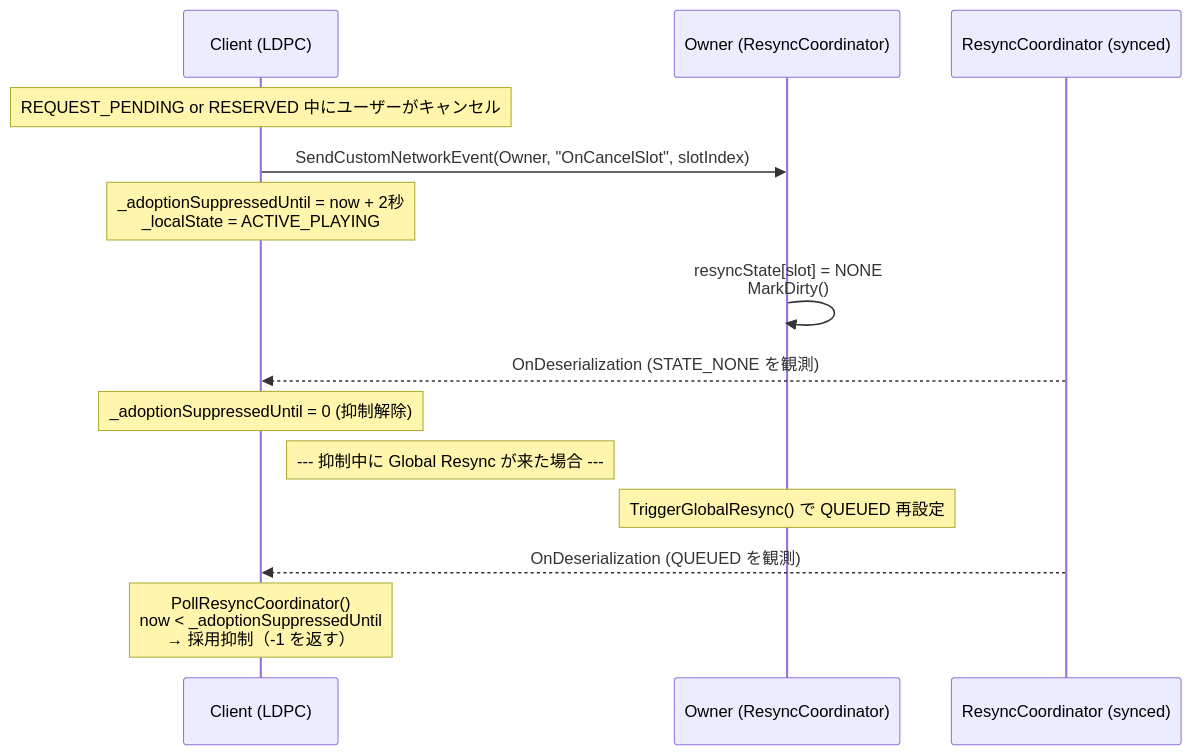
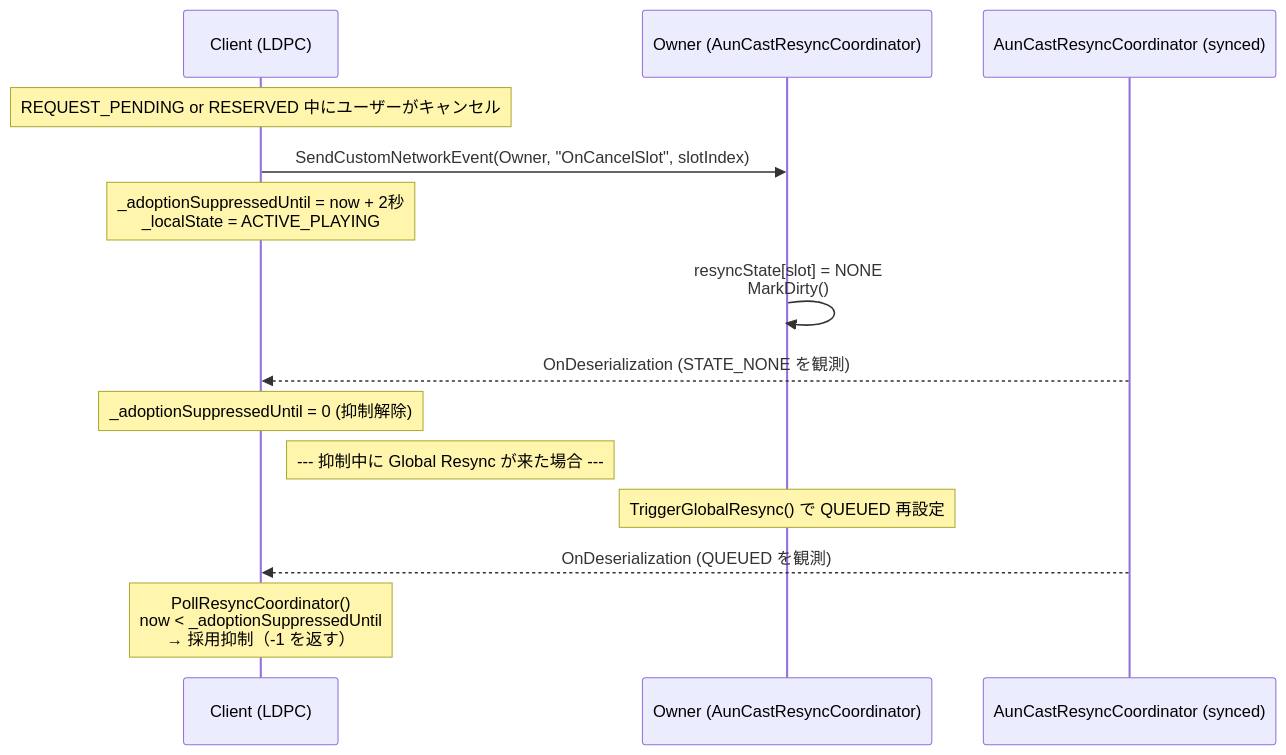
The fourth of 6 diagrams in Docs/Resync-Owner-Centric-Sequences.md (pasocommate/AunCast), drawn with Mermaid before and after one commit. The commit also changed other lines of this file and 9 other files, not shown here.

````diff
--- a/Docs/Resync-Owner-Centric-Sequences.md
+++ b/Docs/Resync-Owner-Centric-Sequences.md
@@ -97,21 +97,21 @@
 ```mermaid
 sequenceDiagram
     participant C as Client (LDPC)
-    participant O as Owner (ResyncCoordinator)
-    participant R as ResyncCoordinator (synced)
+    participant O as Owner (AunCastResyncCoordinator)
+    participant R as AunCastResyncCoordinator (synced)
 
     Note over C: REQUEST_PENDING or RESERVED 中にユーザーがキャンセル
 
     C->>O: SendCustomNetworkEvent(Owner, "OnCancelSlot", slotIndex)
     Note over C: _adoptionSuppressedUntil = now + 2秒<br/>_localState = ACTIVE_PLAYING
 
     O->>O: resyncState[slot] = NONE<br/>MarkDirty()
     R-->>C: OnDeserialization (STATE_NONE を観測)
     Note over C: _adoptionSuppressedUntil = 0 (抑制解除)
 
     Note right of C: --- 抑制中に Global Resync が来た場合 ---
 
     Note over O: TriggerGlobalResync() で QUEUED 再設定
     R-->>C: OnDeserialization (QUEUED を観測)
     Note over C: PollResyncCoordinator()<br/>now < _adoptionSuppressedUntil<br/>→ 採用抑制（-1 を返す）
 ```
````
